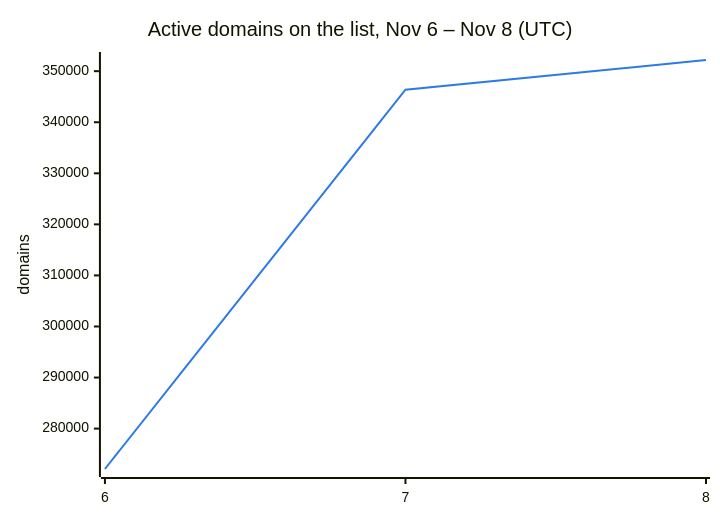
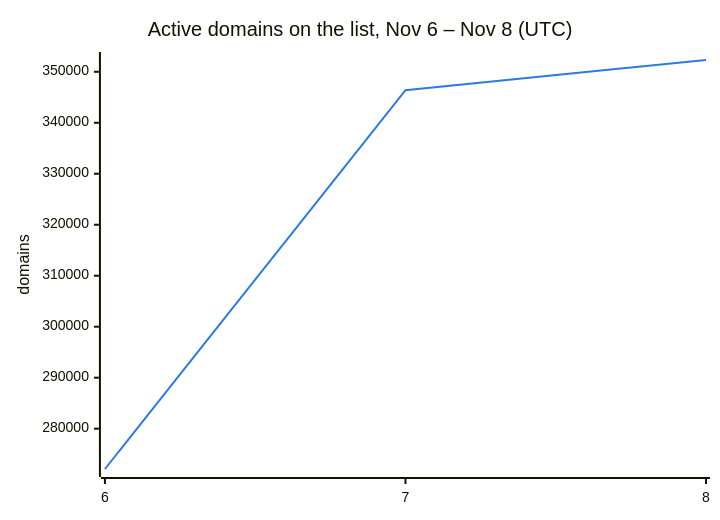
Before and after one commit to DNSBunker/CTI: the second of 3 diagrams in README.md, drawn with Mermaid. The commit also changed other lines of this file and 3 other files, not shown here.

````diff
--- a/README.md
+++ b/README.md
@@ -38,8 +38,8 @@
 ```mermaid
 %%{init: {"themeVariables": {"xyChart": {"plotColorPalette": "#2c7be5"}}}}%%
 xychart-beta
     title "Active domains on the list, Nov 6 – Nov 8 (UTC)"
     x-axis ["6", "7", "8"]
     y-axis "domains"
-    line [272088, 346388, 352191]
+    line [272088, 346388, 352312]
 ```
````
